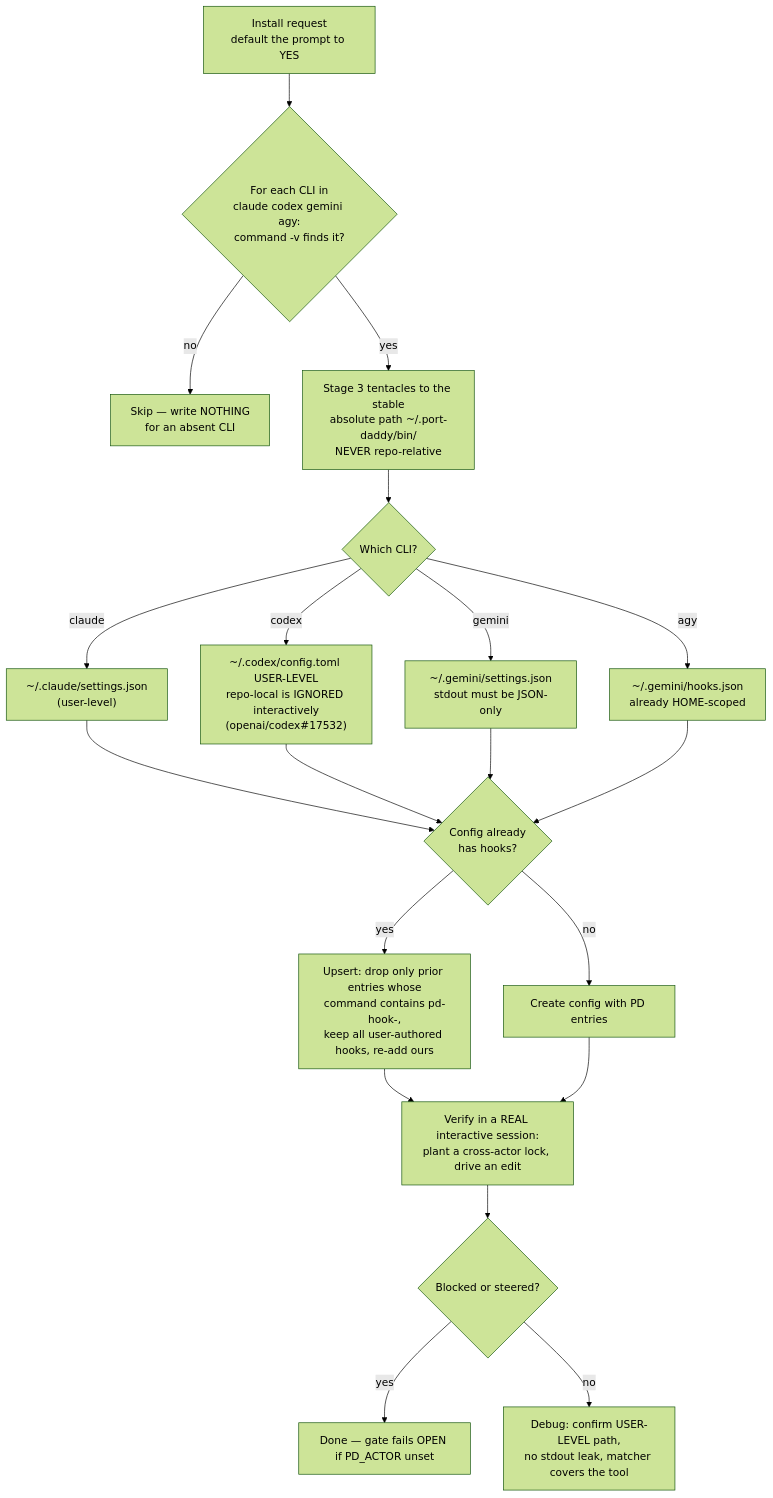
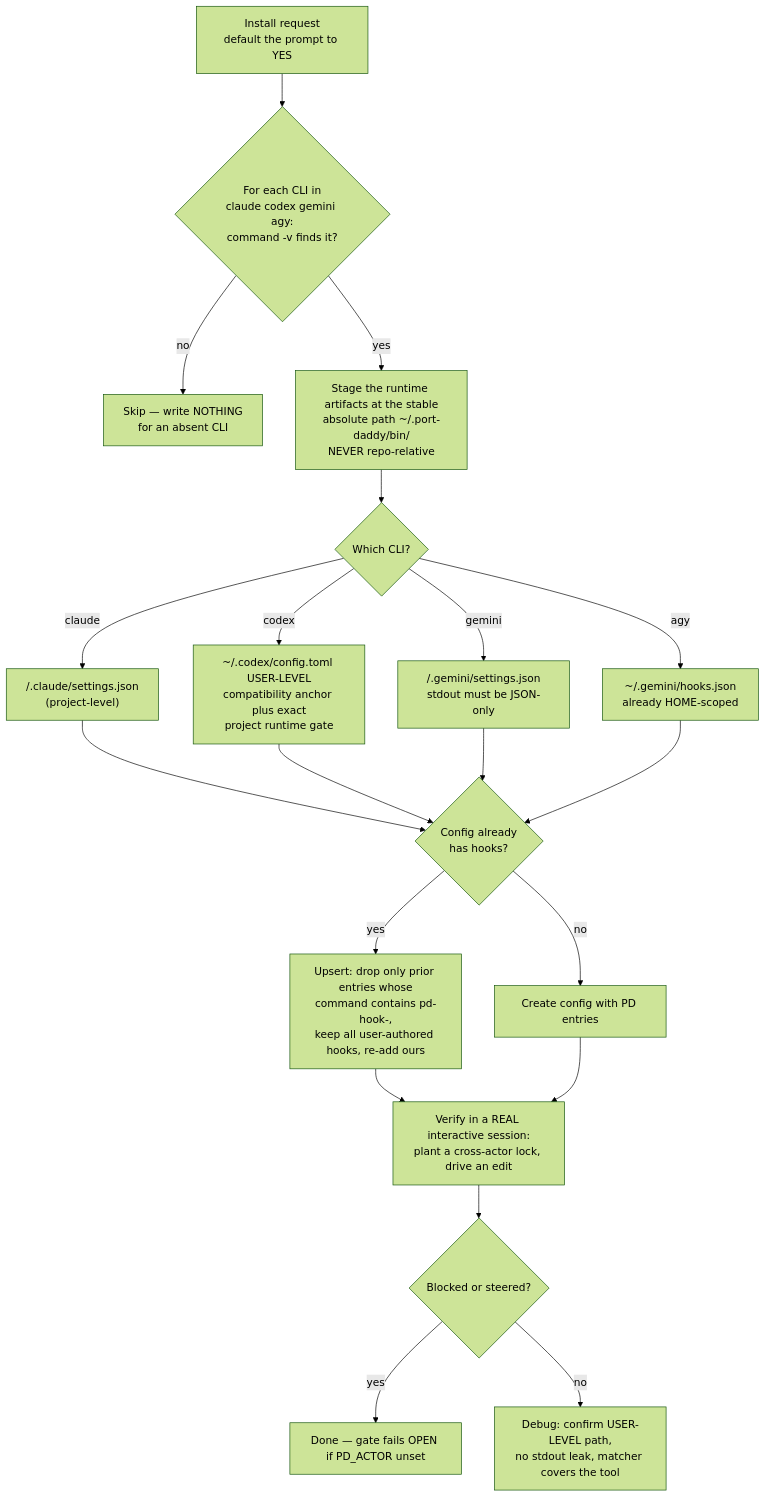
The diagram in skills/agentic-software-installation/SKILL.md (curiositech/port-daddy), drawn with Mermaid (forest theme) before and after one commit. The commit also changed other lines of this file and 12 other files, not shown here.

````diff
--- a/skills/agentic-software-installation/SKILL.md
+++ b/skills/agentic-software-installation/SKILL.md
@@ -91,22 +100,22 @@
 ```mermaid
 flowchart TD
     A[Install request<br/>default the prompt to YES] --> B{For each CLI in<br/>claude codex gemini agy:<br/>command -v finds it?}
     B -- no --> Z[Skip — write NOTHING<br/>for an absent CLI]
-    B -- yes --> C[Stage 3 tentacles to the stable<br/>absolute path ~/.port-daddy/bin/<br/>NEVER repo-relative]
+    B -- yes --> C[Stage the runtime artifacts at the stable<br/>absolute path ~/.port-daddy/bin/<br/>NEVER repo-relative]
     C --> D{Which CLI?}
-    D -- claude --> E["~/.claude/settings.json<br/>(user-level)"]
-    D -- codex --> F["~/.codex/config.toml USER-LEVEL<br/>repo-local is IGNORED interactively<br/>(openai/codex#17532)"]
-    D -- gemini --> G["~/.gemini/settings.json<br/>stdout must be JSON-only"]
+    D -- claude --> E["<repo>/.claude/settings.json<br/>(project-level)"]
+    D -- codex --> F["~/.codex/config.toml USER-LEVEL<br/>compatibility anchor plus exact<br/>project runtime gate"]
+    D -- gemini --> G["<repo>/.gemini/settings.json<br/>stdout must be JSON-only"]
     D -- agy --> H["~/.gemini/hooks.json<br/>already HOME-scoped"]
     E --> I{Config already<br/>has hooks?}
     F --> I
     G --> I
     H --> I
     I -- yes --> J["Upsert: drop only prior entries whose<br/>command contains pd-hook-,<br/>keep all user-authored hooks, re-add ours"]
     I -- no --> K[Create config with PD entries]
     J --> L["Verify in a REAL interactive session:<br/>plant a cross-actor lock, drive an edit"]
     K --> L
     L --> M{Blocked or steered?}
     M -- yes --> N["Done — gate fails OPEN if PD_ACTOR unset"]
     M -- no --> O["Debug: confirm USER-LEVEL path,<br/>no stdout leak, matcher covers the tool"]
 ```
````
